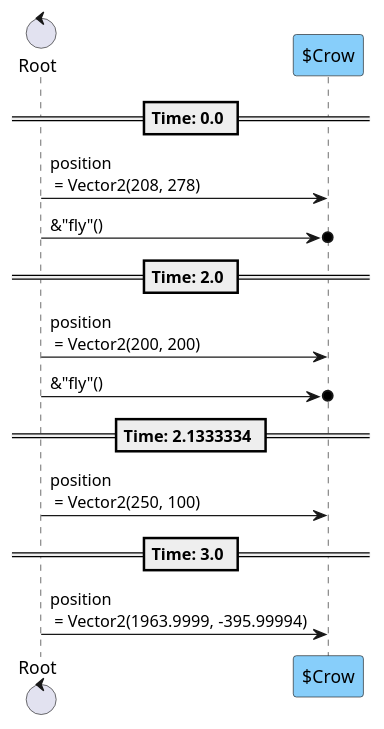
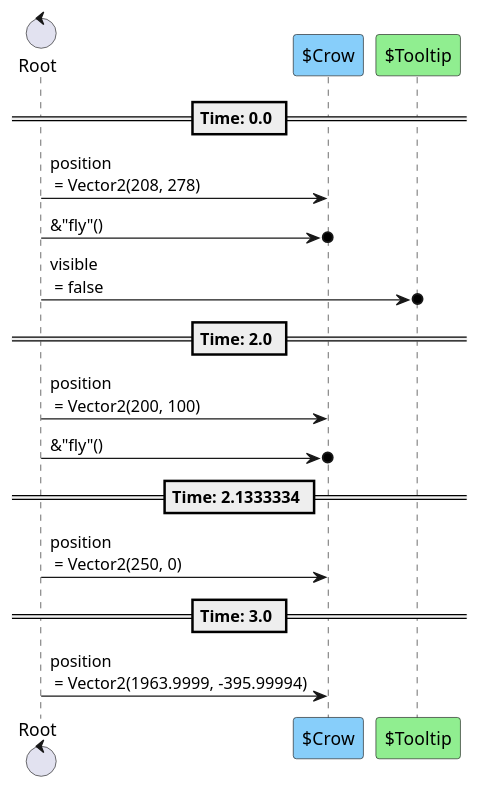
Before and after one commit to tkmfujise/Platformer-Game-Learning: the fourth of 5 diagrams in content/scenes/src/stages/0/gimmicks/climb_lecture/climb_lecture.tscn.adoc, drawn with PlantUML. The commit also changed other lines of this file and 232 other files, not shown here.

```diff
--- a/content/scenes/src/stages/0/gimmicks/climb_lecture/climb_lecture.tscn.adoc
+++ b/content/scenes/src/stages/0/gimmicks/climb_lecture/climb_lecture.tscn.adoc
@@ -131,20 +159,22 @@
 [plantuml]
 ....
 control "Root" as R
 participant "$Crow" as T0 #87CEFA
+participant "$Tooltip" as T2 #90EE90
 
 
 
 == Time: 0.0 ==
 R  ->  T0 : position\n = Vector2(208, 278)
 R  ->o  T0 : &"fly"()
+R  ->o  T2 : visible\n = false
 == Time: 2.0 ==
-R  ->  T0 : position\n = Vector2(200, 200)
+R  ->  T0 : position\n = Vector2(200, 100)
 R  ->o  T0 : &"fly"()
 == Time: 2.1333334 ==
-R  ->  T0 : position\n = Vector2(250, 100)
+R  ->  T0 : position\n = Vector2(250, 0)
 == Time: 3.0 ==
 R  ->  T0 : position\n = Vector2(1963.9999, -395.99994)
 
 
 ....
```
